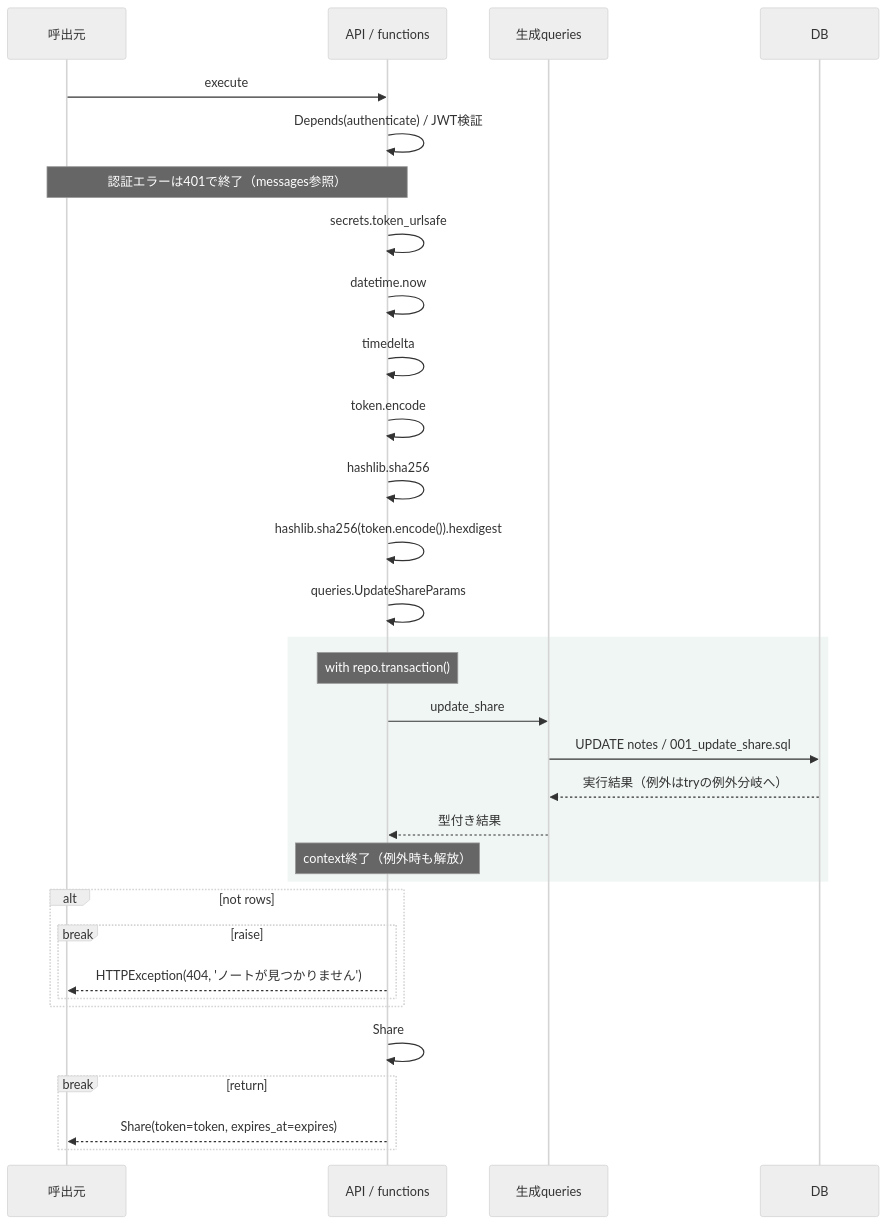
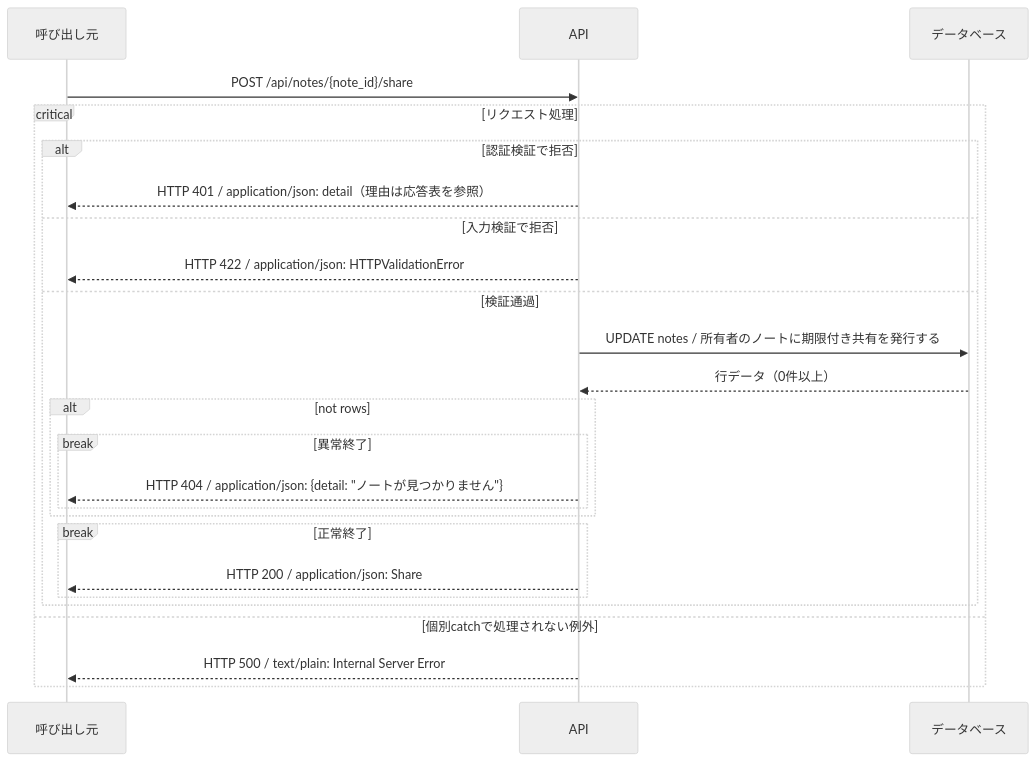
One commit to tsuji-tomonori/CornellNoteWebv2 changed the diagram in docs/generated/apis/create_share/sequence.gen.md. Above: the diagram before and after it, drawn with Mermaid (neutral theme). The commit also changed other lines of this file and 30 other files, not shown here.

First line of the commit message:
📝 docs(sequence): API・DB・呼出元の分岐とHTTP応答を明確にする

````diff
--- a/docs/generated/apis/create_share/sequence.gen.md
+++ b/docs/generated/apis/create_share/sequence.gen.md
@@ -13,34 +22,27 @@
 ```mermaid
 sequenceDiagram
-    participant C as 呼出元
-    participant A as API / functions
-    participant Q as 生成queries
-    participant D as DB
-    C->>A: execute
-    A->>A: Depends(authenticate) / JWT検証
-    Note over C,A: 認証エラーは401で終了（messages参照）
-    A->>A: secrets.token_urlsafe
-    A->>A: datetime.now
-    A->>A: timedelta
-    A->>A: token.encode
-    A->>A: hashlib.sha256
-    A->>A: hashlib.sha256(token.encode()).hexdigest
-    A->>A: queries.UpdateShareParams
-    rect rgb(240, 246, 244)
-    Note over A: with repo.transaction()
-    A->>Q: update_share
-    Q->>D: UPDATE notes / 001_update_share.sql
-    D-->>Q: 実行結果（例外はtryの例外分岐へ）
-    Q-->>A: 型付き結果
-    Note over A: context終了（例外時も解放）
-    end
+    participant C as 呼び出し元
+    participant A as API
+    participant D as データベース
+    C->>A: POST /api/notes/{note_id}/share
+    critical リクエスト処理
+    alt 認証検証で拒否
+    A-->>C: HTTP 401 / application/json: detail（理由は応答表を参照）
+    else 入力検証で拒否
+    A-->>C: HTTP 422 / application/json: HTTPValidationError
+    else 検証通過
+    A->>D: UPDATE notes / 所有者のノートに期限付き共有を発行する
+    D-->>A: 行データ（0件以上）
     alt not rows
-    break raise
-    A-->>C: HTTPException(404, 'ノートが見つかりません')
+    break 異常終了
+    A-->>C: HTTP 404 / application/json: {detail: #quot;ノートが見つかりません#quot;}
     end
     end
-    A->>A: Share
-    break return
-    A-->>C: Share(token=token, expires_at=expires)
+    break 正常終了
+    A-->>C: HTTP 200 / application/json: Share
+    end
+    end
+    option 個別catchで処理されない例外
+    A-->>C: HTTP 500 / text/plain: Internal Server Error
     end
 ```
````
